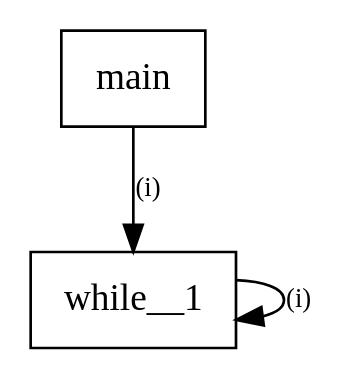
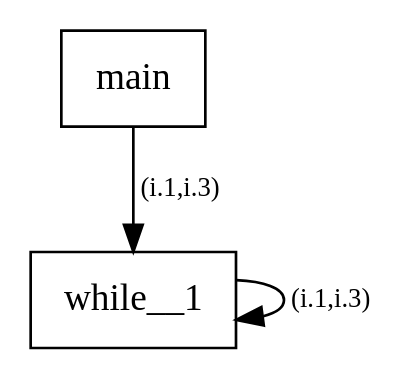
Before and after one commit to tmssngr/tinyC: the diagram in src/main/resources-test/compiler/windows/cfg-no-return.dot, drawn with Graphviz. The commit also changed 90 other files, not shown here.

```diff
--- a/src/main/resources-test/compiler/windows/cfg-no-return.dot
+++ b/src/main/resources-test/compiler/windows/cfg-no-return.dot
@@ -1,9 +1,9 @@
 digraph program {
 	edge[fontsize="10pt"];
 	subgraph fn_main {
 		BasicBlock_0_main [label="main",shape=box];
-		BasicBlock_0_main -> BasicBlock_0_while__1 [label="(i)"];
+		BasicBlock_0_main -> BasicBlock_0_while__1 [label="(i.1,i.3)"];
 		BasicBlock_0_while__1 [label="while__1",shape=box];
-		BasicBlock_0_while__1 -> BasicBlock_0_while__1 [label="(i)"];
+		BasicBlock_0_while__1 -> BasicBlock_0_while__1 [label="(i.1,i.3)"];
 	}
 }
```
